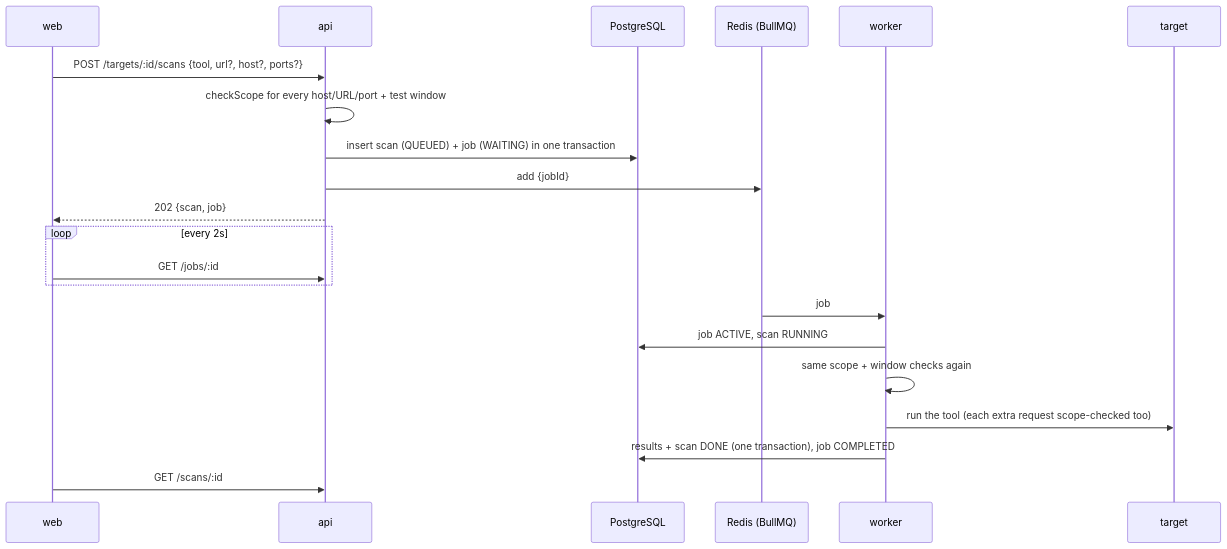
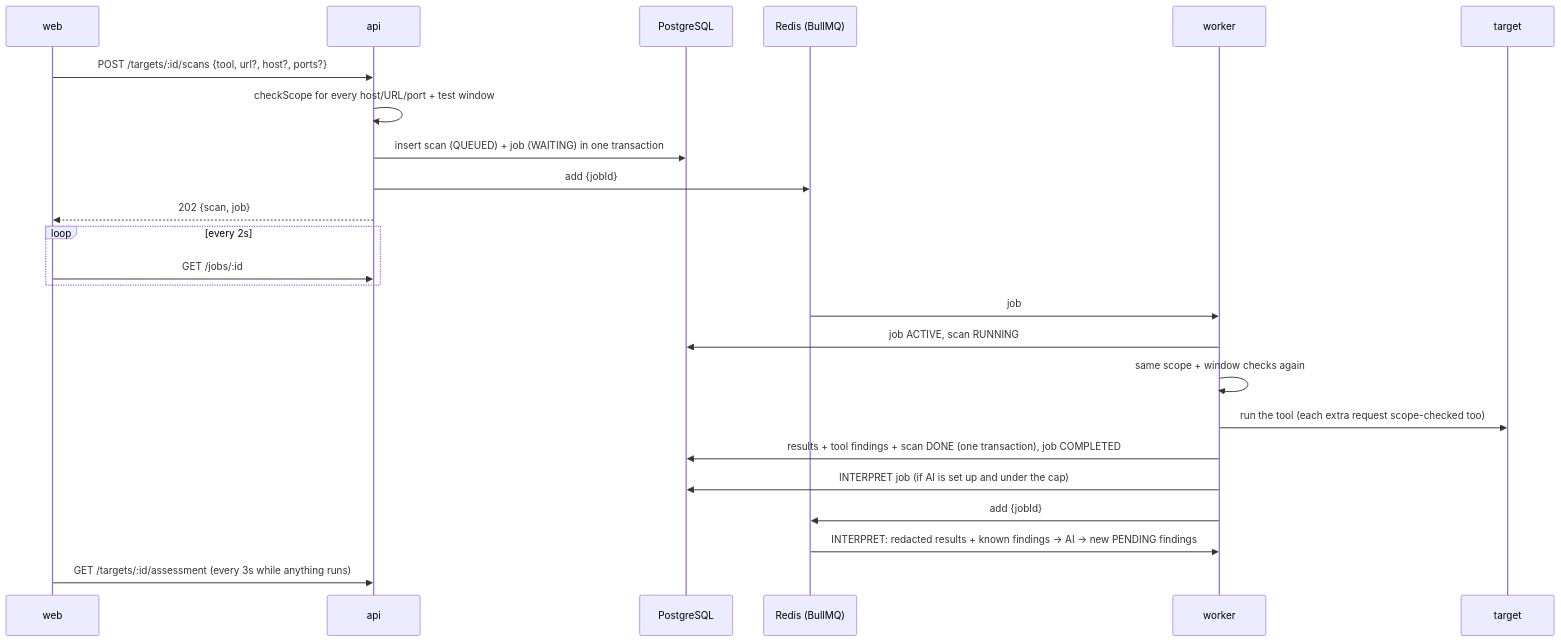
One commit to Zero0blanK/bai-tanaw changed the second of 2 diagrams in docs/architecture.md. Above: the diagram before and after it, drawn with Mermaid. The commit also changed other lines of this file and 3 other files, not shown here.

````diff
--- a/docs/architecture.md
+++ b/docs/architecture.md
@@ -71,23 +71,26 @@
 ```mermaid
 sequenceDiagram
     participant W as web
     participant A as api
     participant DB as PostgreSQL
     participant Q as Redis (BullMQ)
     participant K as worker
     participant T as target
     W->>A: POST /targets/:id/scans {tool, url?, host?, ports?}
     A->>A: checkScope for every host/URL/port + test window
     A->>DB: insert scan (QUEUED) + job (WAITING) in one transaction
     A->>Q: add {jobId}
     A-->>W: 202 {scan, job}
     loop every 2s
         W->>A: GET /jobs/:id
     end
     Q->>K: job
     K->>DB: job ACTIVE, scan RUNNING
     K->>K: same scope + window checks again
     K->>T: run the tool (each extra request scope-checked too)
-    K->>DB: results + scan DONE (one transaction), job COMPLETED
-    W->>A: GET /scans/:id
+    K->>DB: results + tool findings + scan DONE (one transaction), job COMPLETED
+    K->>DB: INTERPRET job (if AI is set up and under the cap)
+    K->>Q: add {jobId}
+    Q->>K: INTERPRET: redacted results + known findings → AI → new PENDING findings
+    W->>A: GET /targets/:id/assessment (every 3s while anything runs)
 ```
````
